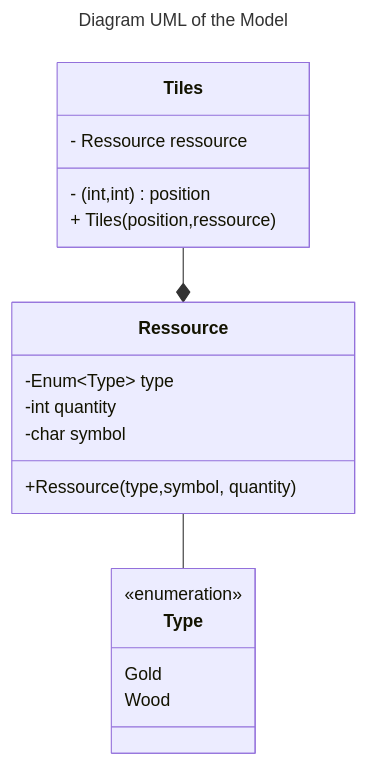
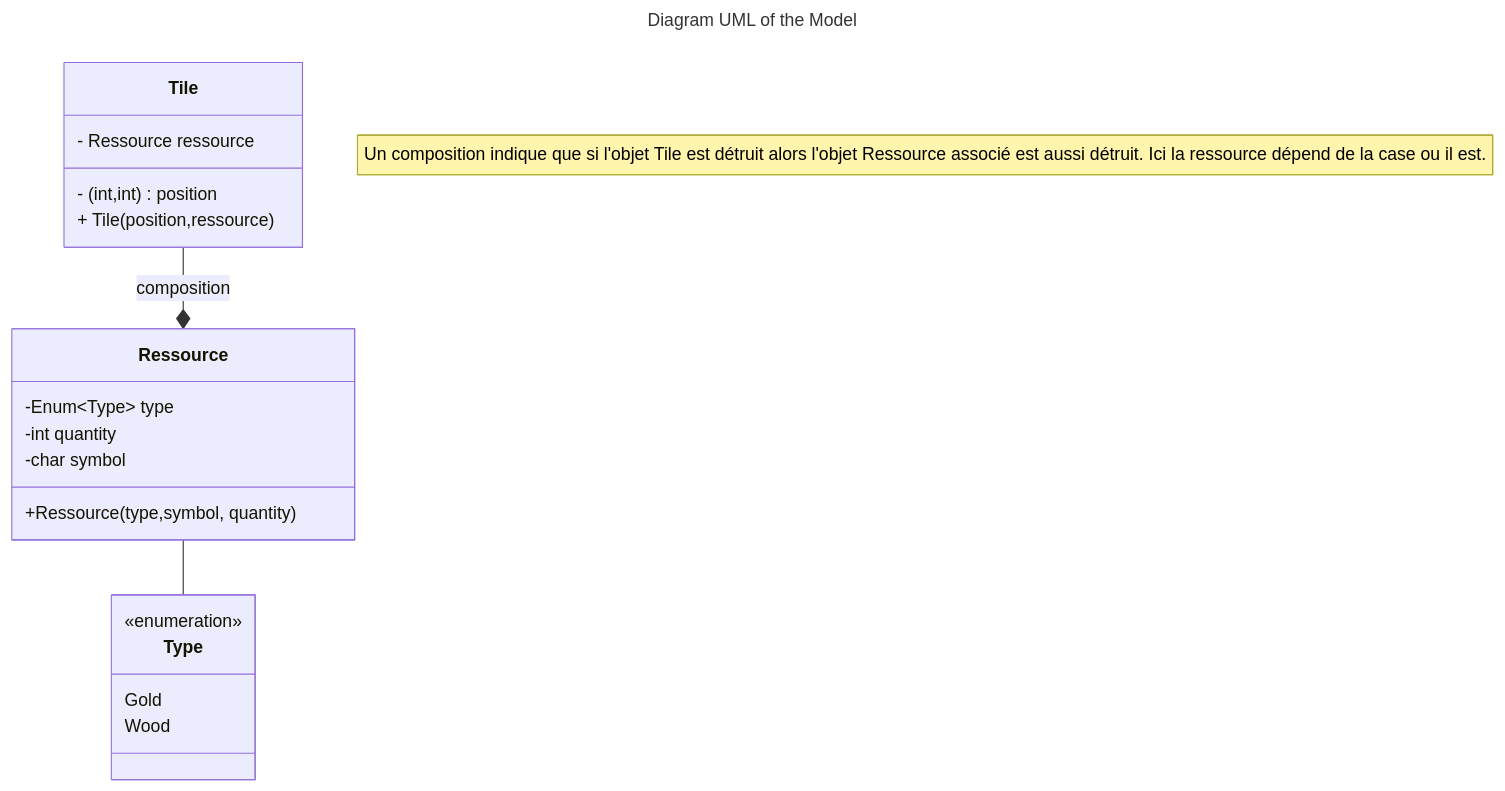
One commit to clementledo/Python-projet changed the diagram in README.md. Above: the diagram before and after it, drawn with Mermaid.

````diff
--- a/README.md
+++ b/README.md
@@ -9,28 +9,30 @@
 ```mermaid
 ---
 title: Diagram UML of the Model
 ---
 classDiagram
   class Ressource{
     -Enum~Type~ type
     -int quantity
     -char symbol
     +Ressource(type,symbol, quantity)
   }
 
   class Type{
     <<enumeration>>
     Gold
     Wood
   }
 
-class Tiles{
+class Tile{
   - (int,int) position
   - Ressource ressource
-  + Tiles(position,ressource)
+  + Tile(position,ressource)
 }
 
+note for Tiles "Un composition indique que si l'objet Tile est détruit alors l'objet Ressource associé est aussi détruit. Ici la ressource dépend de la case ou il est."
+
 Ressource  --  Type
-Tiles --* Ressource 
+Tile --* Ressource : composition
   
 ```
````
